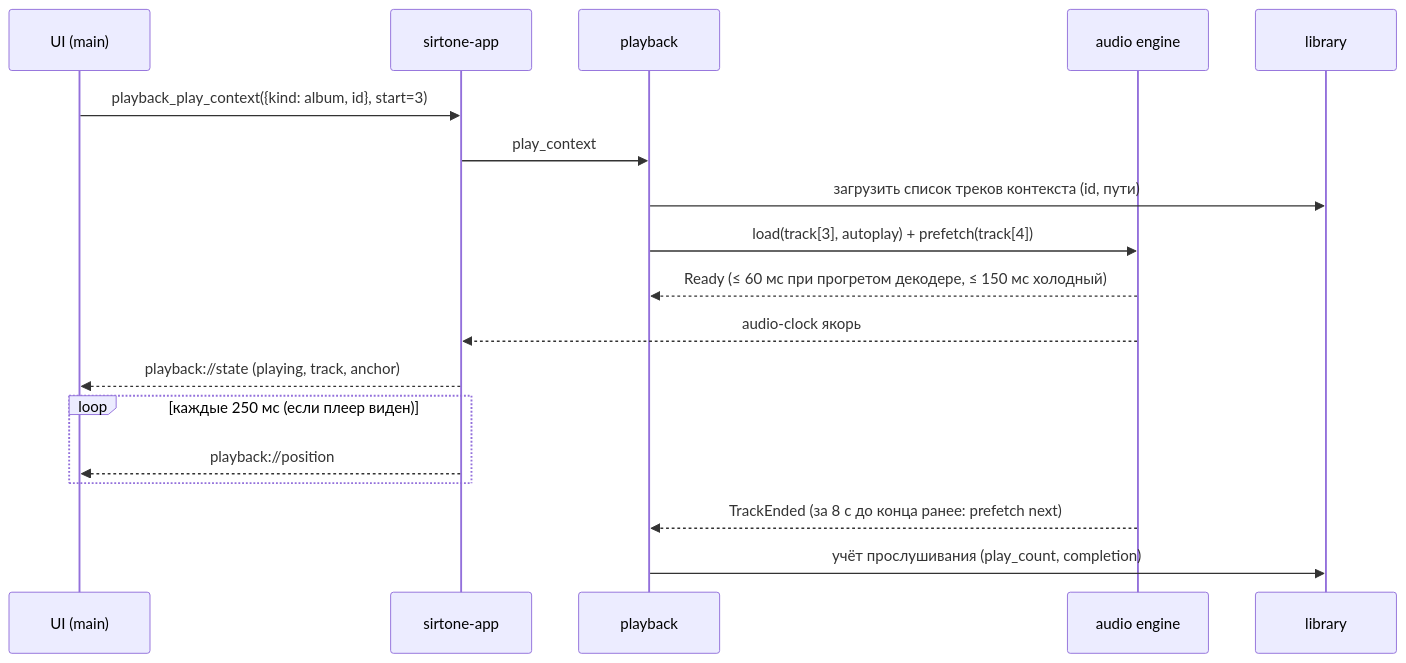
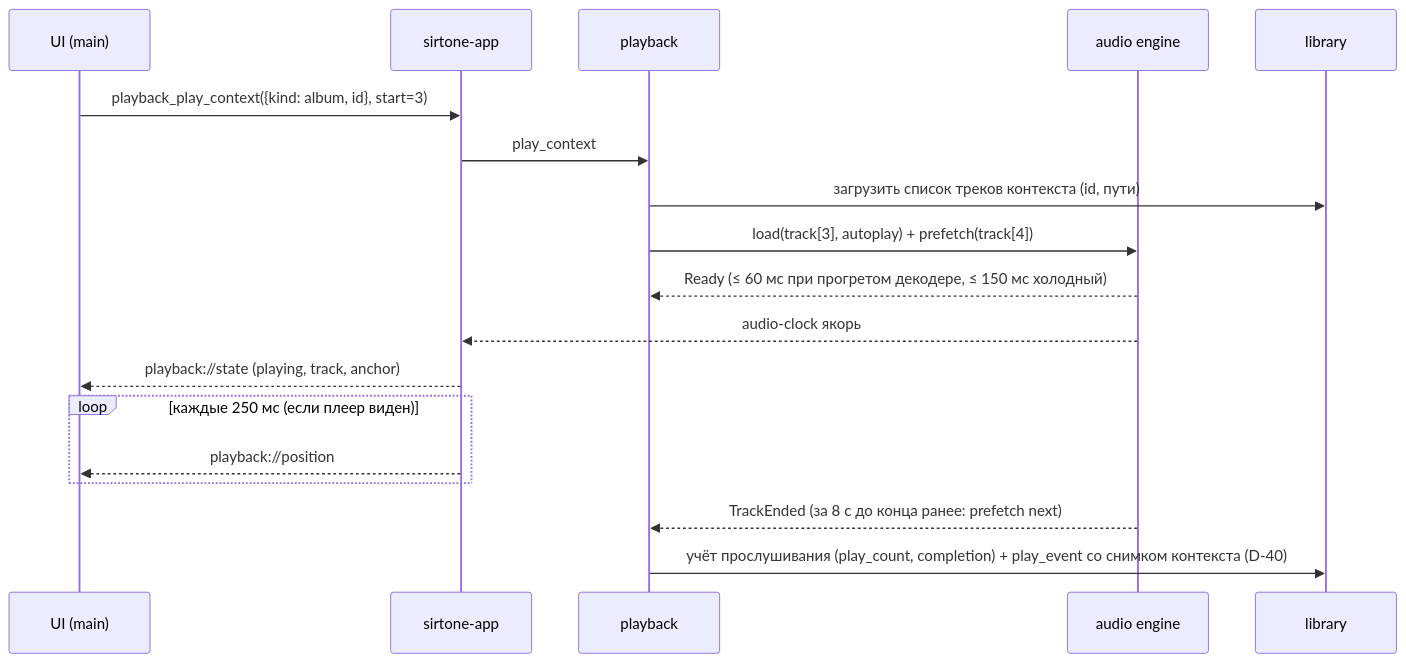
The fourth of 6 diagrams in docs/03_ARCHITECTURE.md (eropermakov/SirTone), drawn with Mermaid before and after one commit. The commit also changed other lines of this file and 27 other files, not shown here.

````diff
--- a/docs/03_ARCHITECTURE.md
+++ b/docs/03_ARCHITECTURE.md
@@ -639,20 +678,20 @@
 ```mermaid
 sequenceDiagram
   participant UI as UI (main)
   participant APP as sirtone-app
   participant PB as playback
   participant AU as audio engine
   participant LB as library
   UI->>APP: playback_play_context({kind: album, id}, start=3)
   APP->>PB: play_context
   PB->>LB: загрузить список треков контекста (id, пути)
   PB->>AU: load(track[3], autoplay) + prefetch(track[4])
   AU-->>PB: Ready (≤ 60 мс при прогретом декодере, ≤ 150 мс холодный)
   AU-->>APP: audio-clock якорь
   APP-->>UI: playback://state (playing, track, anchor)
   loop каждые 250 мс (если плеер виден)
     APP-->>UI: playback://position
   end
   AU-->>PB: TrackEnded (за 8 с до конца ранее: prefetch next)
-  PB->>LB: учёт прослушивания (play_count, completion)
+  PB->>LB: учёт прослушивания (play_count, completion) + play_event со снимком контекста (D-40)
 ```
````
